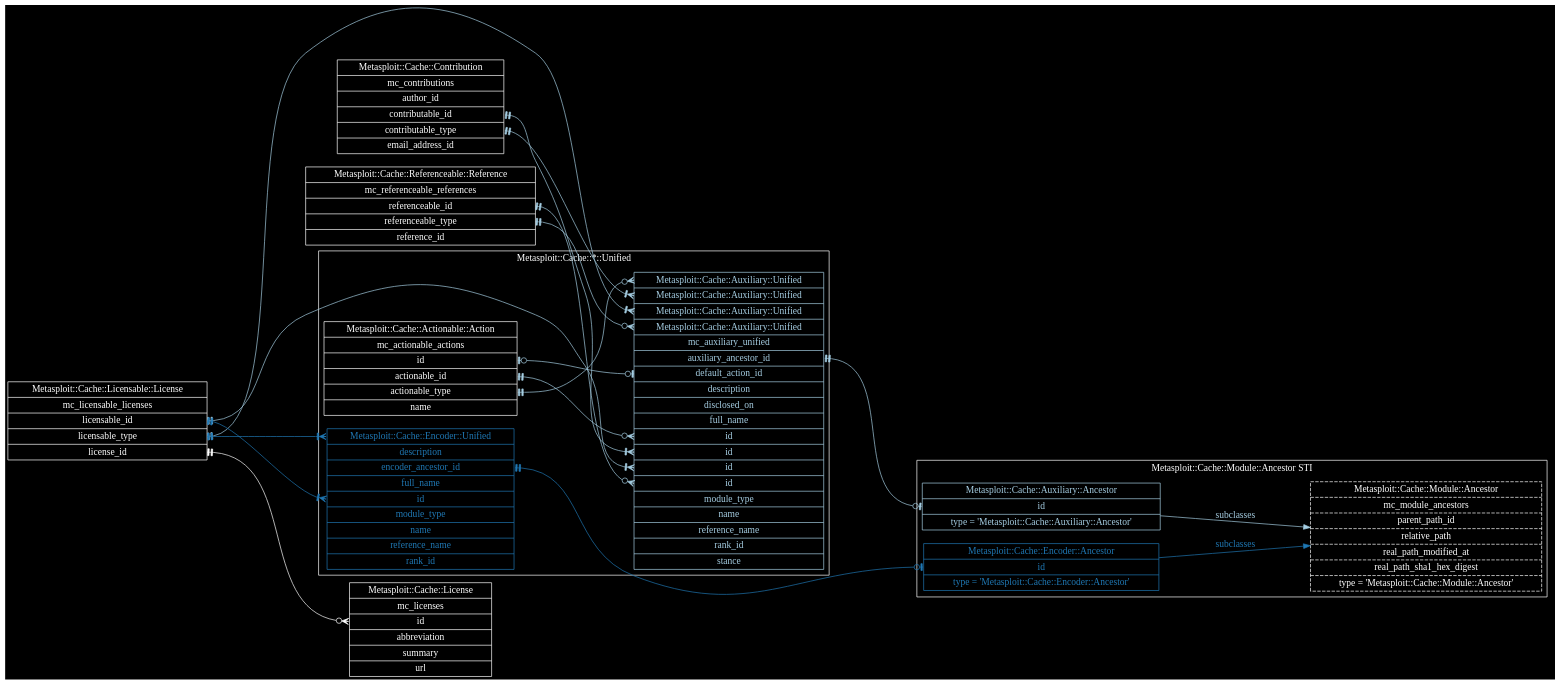
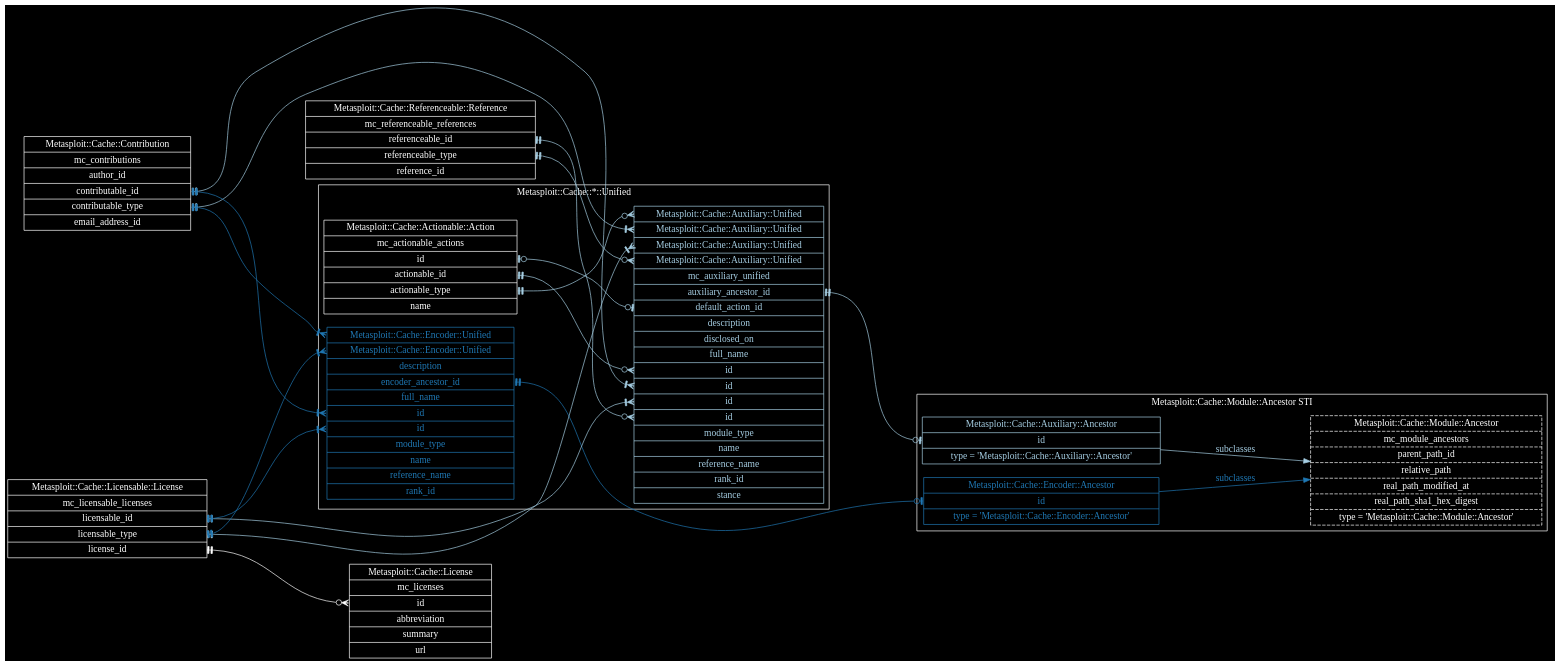
Before and after one commit to rapid7/metasploit-cache: the diagram in docs/metasploit-cache-read-model.dot, drawn with Graphviz.

Commit message:
Contribution -> Encoder::Unified
MSP-12192

```diff
--- a/docs/metasploit-cache-read-model.dot
+++ b/docs/metasploit-cache-read-model.dot
@@ -1,186 +1,200 @@
 digraph "Metasploit::Cache Read Model" {
   edge [
     color = "white"
     fontcolor = "white"
   ]
   graph [
     bgcolor = "black"
     rankdir = "LR"
     ranksep = "2"
   ]
   node [
     color = "white"
     fontcolor = "white"
     shape = "record"
   ]
 
   "Metasploit::Cache::Actionable::Action" [
     label = "Metasploit::Cache::Actionable::Action | mc_actionable_actions | <id>id | <actionable_id>actionable_id | <actionable_type>actionable_type | name"
   ]
 
   "Metasploit::Cache::Actionable::Action":actionable_id -> "Metasploit::Cache::Auxiliary::Unified":id_for_actionable_id [
     arrowhead = "crowodot"
     arrowtail = "teetee"
     color = "/paired9/1"
     dir = "both"
   ]
 
   "Metasploit::Cache::Actionable::Action":actionable_type -> "Metasploit::Cache::Auxiliary::Unified":type_for_actionable_type [
     arrowhead = "crowodot"
     arrowtail = "teetee"
     color = "/paired9/1"
     dir = "both"
   ]
 
   "Metasploit::Cache::Contribution" [
     label = "Metasploit::Cache::Contribution | mc_contributions | author_id | <contributable_id>contributable_id | <contributable_type>contributable_type | email_address_id"
   ]
 
   "Metasploit::Cache::Contribution":contributable_id -> "Metasploit::Cache::Auxiliary::Unified":id_for_contributable_id [
     arrowhead = "crowtee"
     arrowtail = "teetee"
     color = "/paired9/1"
     dir = "both"
   ]
 
   "Metasploit::Cache::Contribution":contributable_type -> "Metasploit::Cache::Auxiliary::Unified":type_for_contributable_type [
     arrowhead = "crowtee"
     arrowtail = "teetee"
     color = "/paired9/1"
+    dir = "both"
+  ]
+
+  "Metasploit::Cache::Contribution":contributable_id -> "Metasploit::Cache::Encoder::Unified":id_for_contributable_id [
+    arrowhead = "crowtee"
+    arrowtail = "teetee"
+    color = "/paired9/2"
+    dir = "both"
+  ]
+
+  "Metasploit::Cache::Contribution":contributable_type -> "Metasploit::Cache::Encoder::Unified":type_for_contributable_type [
+    arrowhead = "crowtee"
+    arrowtail = "teetee"
+    color = "/paired9/2"
     dir = "both"
   ]
 
   "Metasploit::Cache::License" [
     label = "Metasploit::Cache::License | mc_licenses | <id>id | abbreviation | summary | url"
   ]
 
   "Metasploit::Cache::Licensable::License" [
     label = "Metasploit::Cache::Licensable::License | mc_licensable_licenses | <licensable_id>licensable_id | <licensable_type>licensable_type | <license_id>license_id"
   ]
 
   "Metasploit::Cache::Licensable::License":licensable_id -> "Metasploit::Cache::Auxiliary::Unified":id_for_licensable_id [
     arrowhead = "crowtee"
     arrowtail = "teetee"
     color = "/paired9/1"
     dir = "both"
   ]
 
   "Metasploit::Cache::Licensable::License":licensable_type -> "Metasploit::Cache::Auxiliary::Unified":type_for_licensable_type [
     arrowhead = "crowtee"
     arrowtail = "teetee"
     color = "/paired9/1"
     dir = "both"
   ]
 
   "Metasploit::Cache::Licensable::License":licensable_id -> "Metasploit::Cache::Encoder::Unified":id_for_licensable_id [
     arrowhead = "crowtee"
     arrowtail = "teetee"
     color = "/paired9/2"
     dir = "both"
   ]
 
   "Metasploit::Cache::Licensable::License":licensable_type -> "Metasploit::Cache::Encoder::Unified":type_for_licensable_type [
     arrowhead = "crowtee"
     arrowtail = "teetee"
     color = "/paired9/2"
     dir = "both"
   ]
 
   "Metasploit::Cache::Licensable::License":license_id -> "Metasploit::Cache::License":id [
     arrowhead = "crowodot"
     arrowtail = "teetee"
     dir = "both"
   ]
 
   "Metasploit::Cache::Referenceable::Reference" [
     label = "Metasploit::Cache::Referenceable::Reference | mc_referenceable_references | <referenceable_id>referenceable_id | <referenceable_type>referenceable_type | reference_id"
   ]
 
   "Metasploit::Cache::Referenceable::Reference":referenceable_id -> "Metasploit::Cache::Auxiliary::Unified":id_for_referenceable_id [
     arrowhead = "crowodot"
     arrowtail = "teetee"
     color = "/paired9/1"
     dir = "both"
   ]
 
   "Metasploit::Cache::Referenceable::Reference":referenceable_type -> "Metasploit::Cache::Auxiliary::Unified":type_for_referenceable_type [
     arrowhead = "crowodot"
     arrowtail = "teetee"
     color = "/paired9/1"
     dir = "both"
   ]
 
   subgraph cluster_mc_module_ancestors {
     color = "white"
     fontcolor = "white"
     label = "Metasploit::Cache::Module::Ancestor STI"
 
     "Metasploit::Cache::Module::Ancestor" [
       label = "Metasploit::Cache::Module::Ancestor | mc_module_ancestors | parent_path_id | relative_path | real_path_modified_at | real_path_sha1_hex_digest | type = 'Metasploit::Cache::Module::Ancestor'"
       style = "dashed"
     ]
 
     "Metasploit::Cache::Auxiliary::Ancestor" [
       fontcolor = "/paired9/1"
       label = "Metasploit::Cache::Auxiliary::Ancestor | <id>id | type = 'Metasploit::Cache::Auxiliary::Ancestor'"
       color = "/paired9/1"
     ]
 
     "Metasploit::Cache::Auxiliary::Ancestor" -> "Metasploit::Cache::Module::Ancestor" [
       color = "/paired9/1"
       fontcolor = "/paired9/1"
       label = "subclasses"
     ]
 
     "Metasploit::Cache::Encoder::Ancestor" [
       color = "/paired9/2"
       fontcolor = "/paired9/2"
       label = "Metasploit::Cache::Encoder::Ancestor | <id>id | type = 'Metasploit::Cache::Encoder::Ancestor'"
     ]
 
     "Metasploit::Cache::Encoder::Ancestor" -> "Metasploit::Cache::Module::Ancestor" [
       color = "/paired9/2"
       fontcolor = "/paired9/2"
       label = "subclasses"
     ]
   }
 
   subgraph cluster_metasploit_cache_unified {
     color = "white"
     fontcolor = "white"
     label = "Metasploit::Cache::*::Unified"
 
     "Metasploit::Cache::Auxiliary::Unified" [
       color = "/paired9/1"
       fontcolor = "/paired9/1"
       label = "<type_for_actionable_type>Metasploit::Cache::Auxiliary::Unified | <type_for_contributable_type>Metasploit::Cache::Auxiliary::Unified | <type_for_licensable_type>Metasploit::Cache::Auxiliary::Unified | <type_for_referenceable_type>Metasploit::Cache::Auxiliary::Unified | mc_auxiliary_unified | <auxiliary_ancestor_id>auxiliary_ancestor_id | <default_action_id>default_action_id | description | disclosed_on | full_name | <id_for_actionable_id>id | <id_for_contributable_id>id | <id_for_licensable_id>id | <id_for_referenceable_id>id | module_type | name | reference_name | rank_id | stance"
     ]
 
     "Metasploit::Cache::Auxiliary::Unified":auxiliary_ancestor_id -> "Metasploit::Cache::Auxiliary::Ancestor":id [
       arrowhead = "teeodot"
       arrowtail = "teetee"
       color = "/paired9/1"
       dir = "both"
     ]
 
     "Metasploit::Cache::Auxiliary::Unified":default_action_id -> "Metasploit::Cache::Actionable::Action":id [
       arrowhead = "teeodot"
       arrowtail = "teeodot"
       color = "/paired9/1"
       dir = "both"
     ]
 
     "Metasploit::Cache::Encoder::Unified" [
       color = "/paired9/2"
       fontcolor = "/paired9/2"
-      label = "<type_for_licensable_type>Metasploit::Cache::Encoder::Unified | description | <encoder_ancestor_id>encoder_ancestor_id | full_name | <id_for_licensable_id>id | module_type | name | reference_name | rank_id"
+      label = "<type_for_contributable_type>Metasploit::Cache::Encoder::Unified | <type_for_licensable_type>Metasploit::Cache::Encoder::Unified | description | <encoder_ancestor_id>encoder_ancestor_id | full_name | <id_for_contributable_id>id | <id_for_licensable_id>id | module_type | name | reference_name | rank_id"
     ]
 
     "Metasploit::Cache::Encoder::Unified":encoder_ancestor_id -> "Metasploit::Cache::Encoder::Ancestor":id [
       arrowhead = "teeodot"
       arrowtail = "teetee"
       color = "/paired9/2"
       dir = "both"
     ]
   }
 }
```
